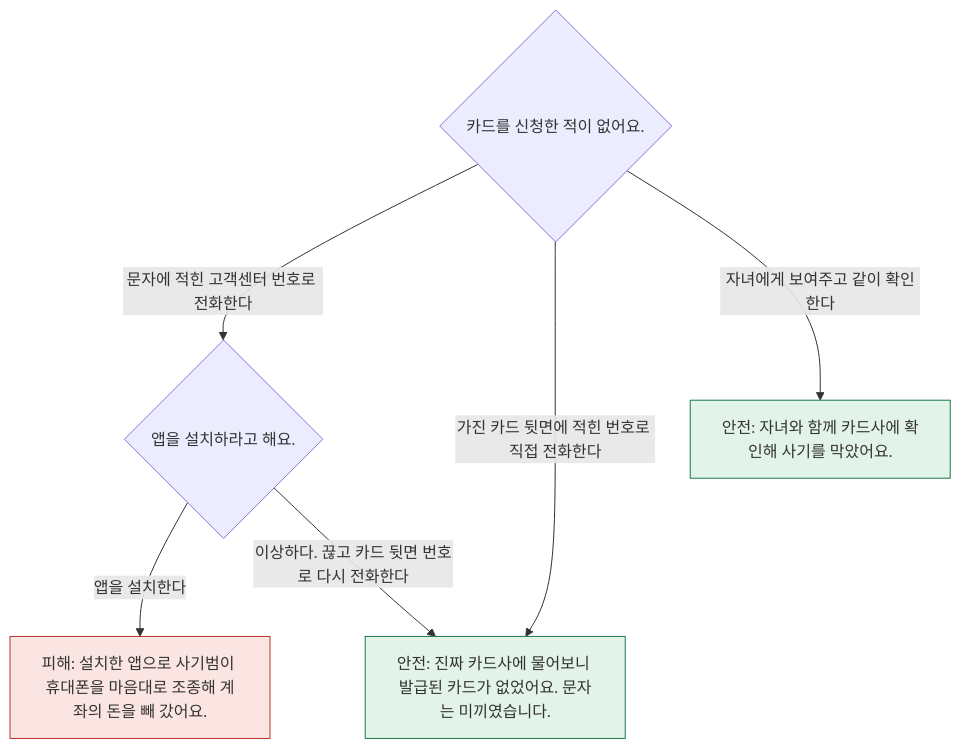
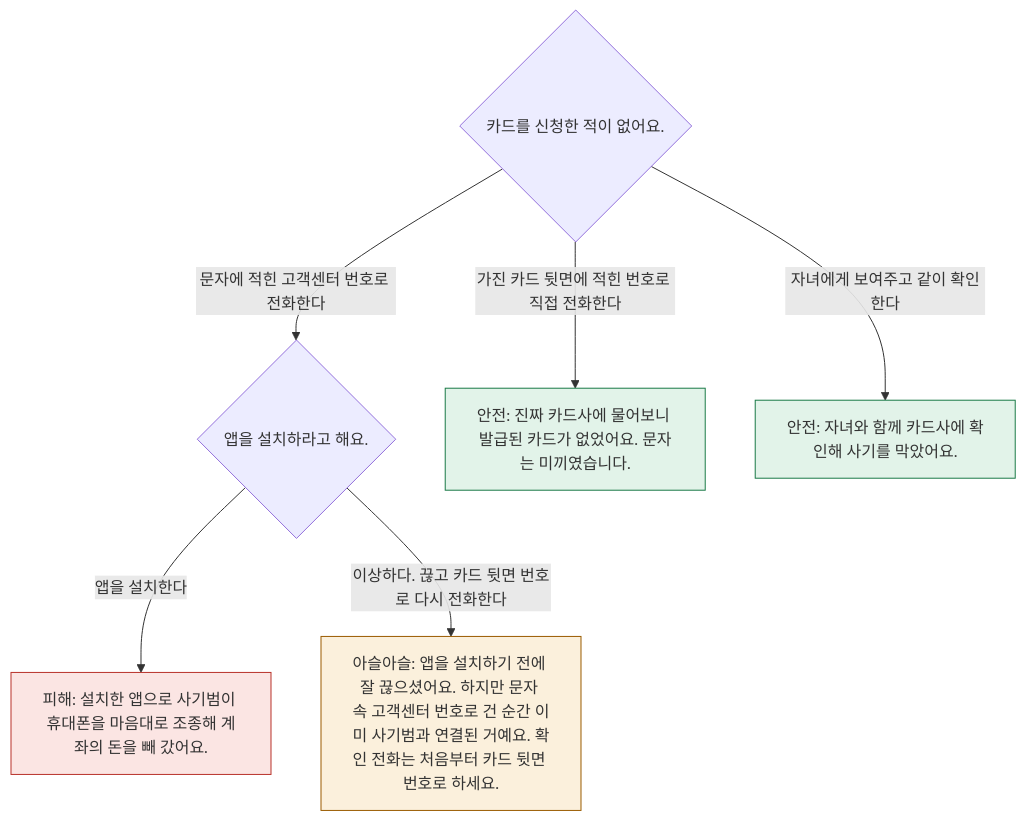
One commit to haseungjune0614-create/mumchum changed the fifth of 7 diagrams in docs/scenario-map.md. Above: the diagram before and after it, drawn with Mermaid. The commit also changed other lines of this file and 1 other file, not shown here.

Commit message:
테스트 결과 반영: 사기범 번호로 확인하는 함정 추가

````diff
--- a/docs/scenario-map.md
+++ b/docs/scenario-map.md
@@ -115,16 +120,17 @@
 ```mermaid
 flowchart TD
   card_start{"카드를 신청한 적이 없어요."}
   card_start -->|"문자에 적힌 고객센터 번호로 전화한다"| card_n2
   card_start -->|"가진 카드 뒷면에 적힌 번호로 직접 전화한다"| card_safe1
   card_start -->|"자녀에게 보여주고 같이 확인한다"| card_safe2
   card_n2{"앱을 설치하라고 해요."}
   card_n2 -->|"앱을 설치한다"| card_danger1
-  card_n2 -->|"이상하다. 끊고 카드 뒷면 번호로 다시 전화한다"| card_safe1
+  card_n2 -->|"이상하다. 끊고 카드 뒷면 번호로 다시 전화한다"| card_warn1
   card_safe1["안전: 진짜 카드사에 물어보니 발급된 카드가 없었어요. 문자는 미끼였습니다."]:::safe
   card_safe2["안전: 자녀와 함께 카드사에 확인해 사기를 막았어요."]:::safe
+  card_warn1["아슬아슬: 앱을 설치하기 전에 잘 끊으셨어요. 하지만 문자 속 고객센터 번호로 건 순간 이미 사기범과 연결된 거예요. 확인 전화는 처음부터 카드 뒷면 번호로 하세요."]:::warn
   card_danger1["피해: 설치한 앱으로 사기범이 휴대폰을 마음대로 조종해 계좌의 돈을 빼 갔어요."]:::danger
   classDef safe fill:#E2F3E9,stroke:#1A7A47
   classDef warn fill:#FBF0DC,stroke:#9A5B00
   classDef danger fill:#FBE5E3,stroke:#B8322A
 ```
````
